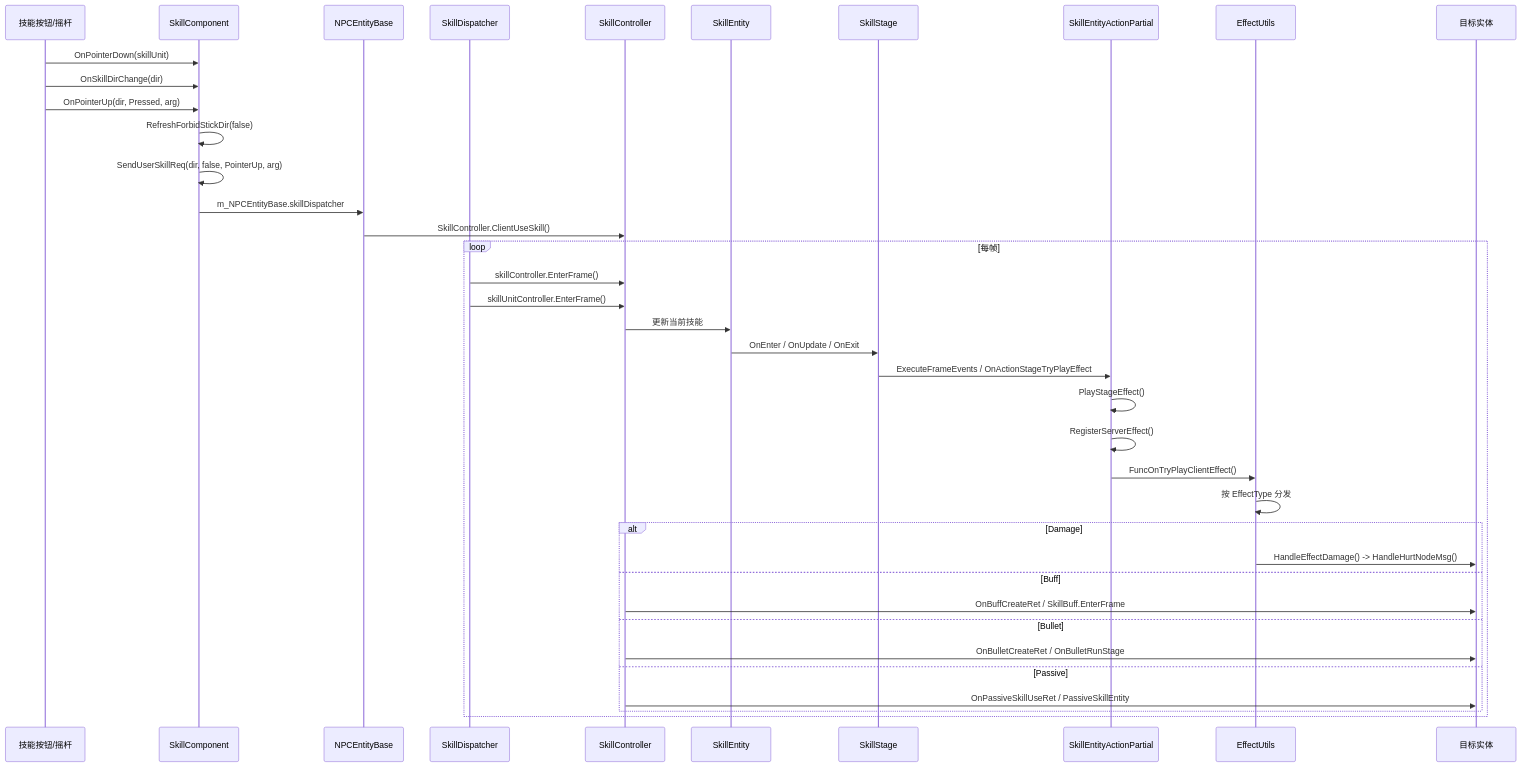
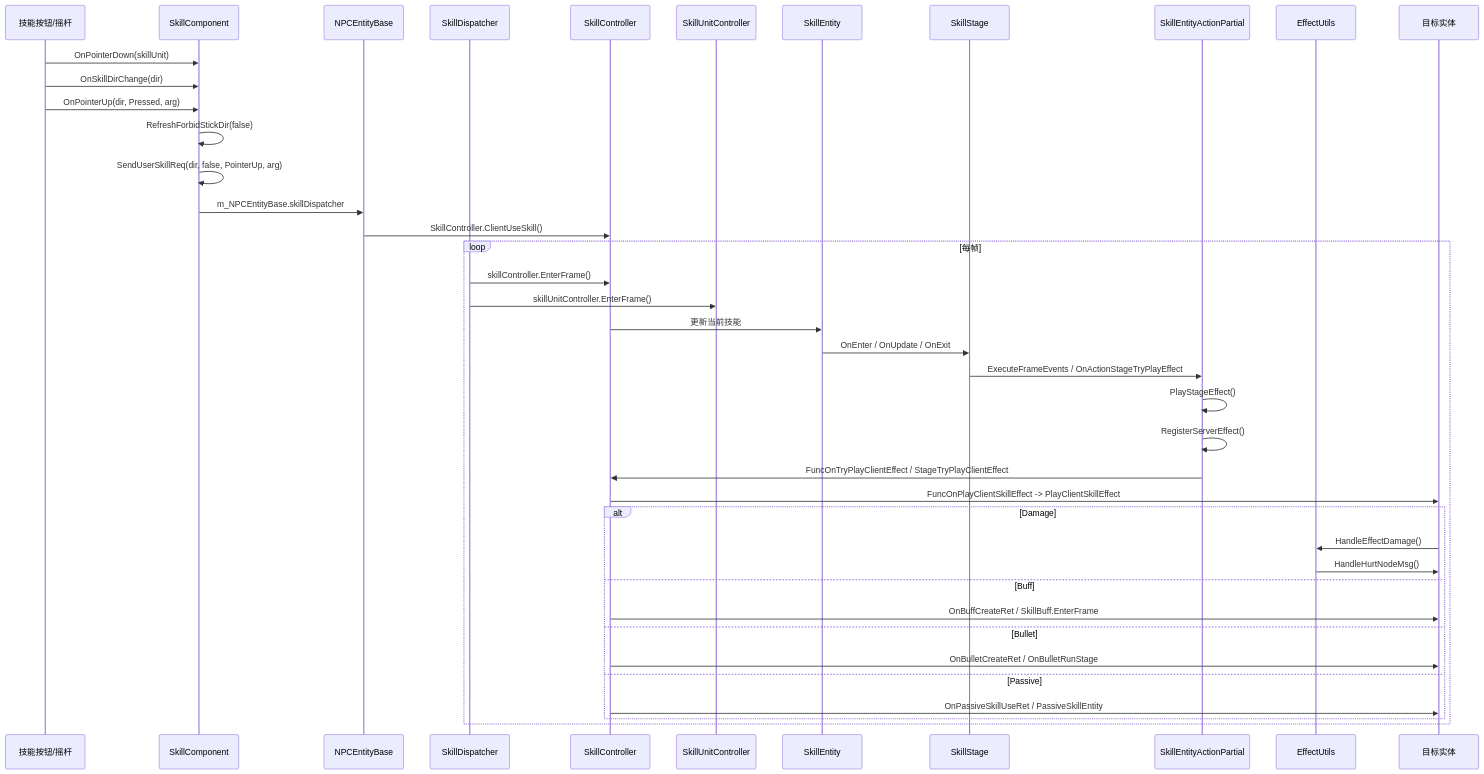
One commit to BoyLei/Stars changed the second of 2 diagrams in diagrams/battle/FLOW_SKILL_CAST_FULL.md. Above: the diagram before and after it, drawn with Mermaid. The commit also changed other lines of this file and 18 other files, not shown here.

````diff
--- a/diagrams/battle/FLOW_SKILL_CAST_FULL.md
+++ b/diagrams/battle/FLOW_SKILL_CAST_FULL.md
@@ -105,42 +108,44 @@
 ```mermaid
 sequenceDiagram
     participant UI as 技能按钮/摇杆
     participant SCmp as SkillComponent
     participant NPC as NPCEntityBase
     participant SD as SkillDispatcher
     participant SCtrl as SkillController
+    participant SUC as SkillUnitController
     participant SE as SkillEntity
     participant Stage as SkillStage
     participant Act as SkillEntityActionPartial
     participant EU as EffectUtils
     participant Target as 目标实体
 
     UI->>SCmp: OnPointerDown(skillUnit)
     UI->>SCmp: OnSkillDirChange(dir)
     UI->>SCmp: OnPointerUp(dir, Pressed, arg)
     SCmp->>SCmp: RefreshForbidStickDir(false)
     SCmp->>SCmp: SendUserSkillReq(dir, false, PointerUp, arg)
     SCmp->>NPC: m_NPCEntityBase.skillDispatcher
     NPC->>SCtrl: SkillController.ClientUseSkill()
 
     loop 每帧
         SD->>SCtrl: skillController.EnterFrame()
-        SD->>SCtrl: skillUnitController.EnterFrame()
+        SD->>SUC: skillUnitController.EnterFrame()
         SCtrl->>SE: 更新当前技能
         SE->>Stage: OnEnter / OnUpdate / OnExit
         Stage->>Act: ExecuteFrameEvents / OnActionStageTryPlayEffect
         Act->>Act: PlayStageEffect()
         Act->>Act: RegisterServerEffect()
-        Act->>EU: FuncOnTryPlayClientEffect()
-        EU->>EU: 按 EffectType 分发
+        Act->>SCtrl: FuncOnTryPlayClientEffect / StageTryPlayClientEffect
+        SCtrl->>Target: FuncOnPlayClientSkillEffect -> PlayClientSkillEffect
         alt Damage
-            EU->>Target: HandleEffectDamage() -> HandleHurtNodeMsg()
+            Target->>EU: HandleEffectDamage()
+            EU->>Target: HandleHurtNodeMsg()
         else Buff
             SCtrl->>Target: OnBuffCreateRet / SkillBuff.EnterFrame
         else Bullet
             SCtrl->>Target: OnBulletCreateRet / OnBulletRunStage
         else Passive
             SCtrl->>Target: OnPassiveSkillUseRet / PassiveSkillEntity
         end
     end
 ```
````
